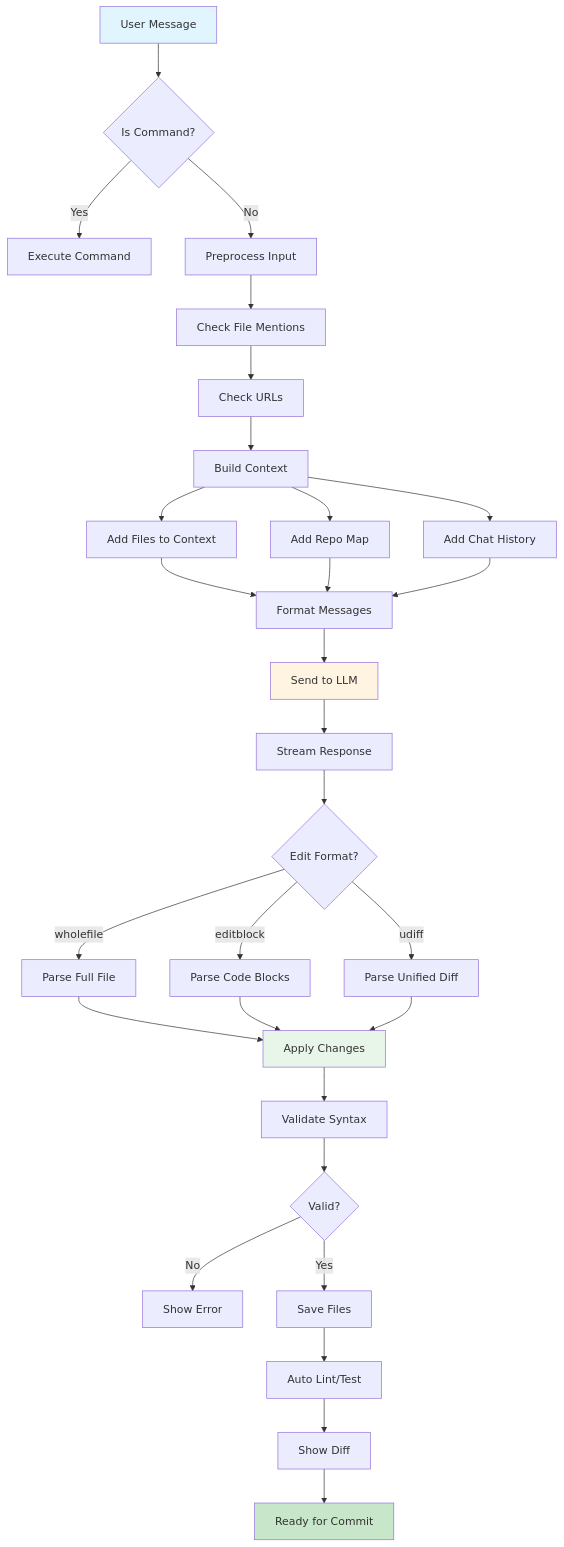
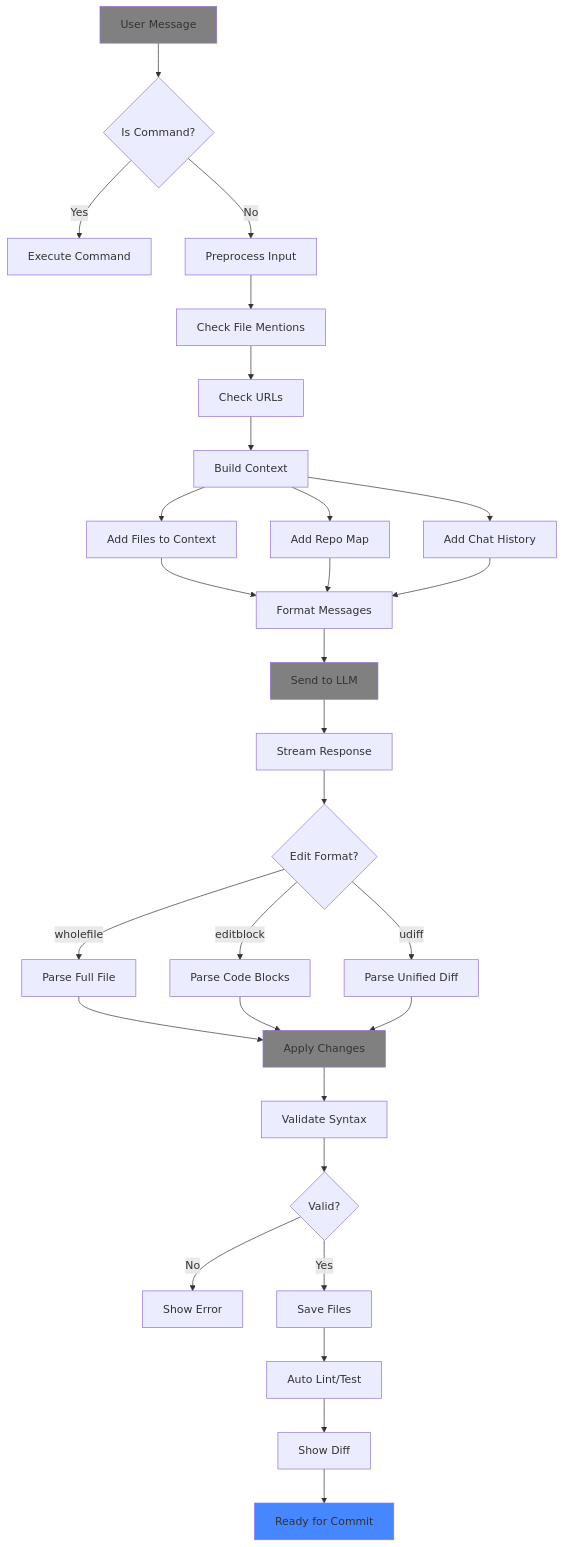
One commit to astrio-ai/l2m changed the third of 5 diagrams in docs/architecture.md. Above: the diagram before and after it, drawn with Mermaid. The commit also changed other lines of this file, not shown here.

First line of the commit message:
Refactor styles in architecture documentation

````diff
--- a/docs/architecture.md
+++ b/docs/architecture.md
@@ -138,36 +132,36 @@
 ```mermaid
 flowchart TD
     A[User Message] --> B{Is Command?}
     B -->|Yes| C[Execute Command]
     B -->|No| D[Preprocess Input]
     D --> E[Check File Mentions]
     E --> F[Check URLs]
     F --> G[Build Context]
     G --> H[Add Files to Context]
     G --> I[Add Repo Map]
     G --> J[Add Chat History]
     H --> K[Format Messages]
     I --> K
     J --> K
     K --> L[Send to LLM]
     L --> M[Stream Response]
     M --> N{Edit Format?}
     N -->|wholefile| O[Parse Full File]
     N -->|editblock| P[Parse Code Blocks]
     N -->|udiff| Q[Parse Unified Diff]
     O --> R[Apply Changes]
     P --> R
     Q --> R
     R --> S[Validate Syntax]
     S --> T{Valid?}
     T -->|No| U[Show Error]
     T -->|Yes| V[Save Files]
     V --> W[Auto Lint/Test]
     W --> X[Show Diff]
     X --> Y[Ready for Commit]
     
-    style A fill:#e1f5ff
-    style L fill:#fff4e1
-    style R fill:#e8f5e9
-    style Y fill:#c8e6c9
+    style A fill:#808080
+    style L fill:#808080
+    style R fill:#808080
+    style Y fill:#4686ff
 ```
````
